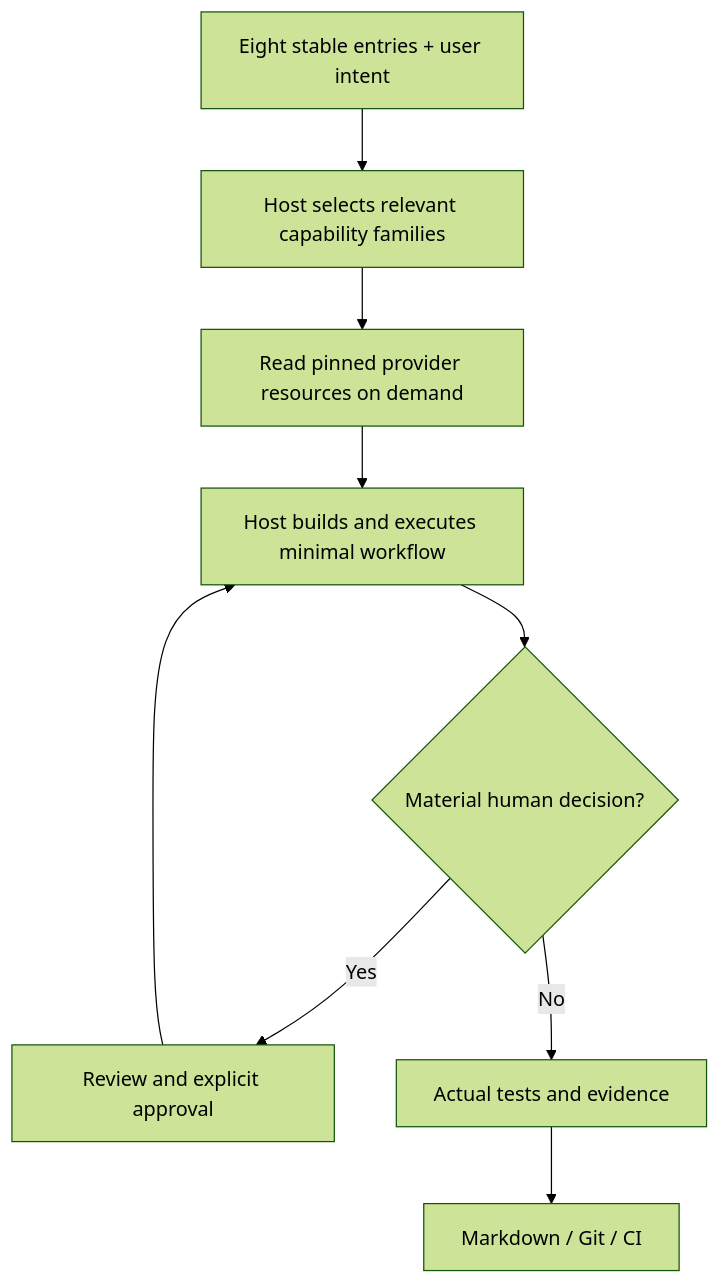
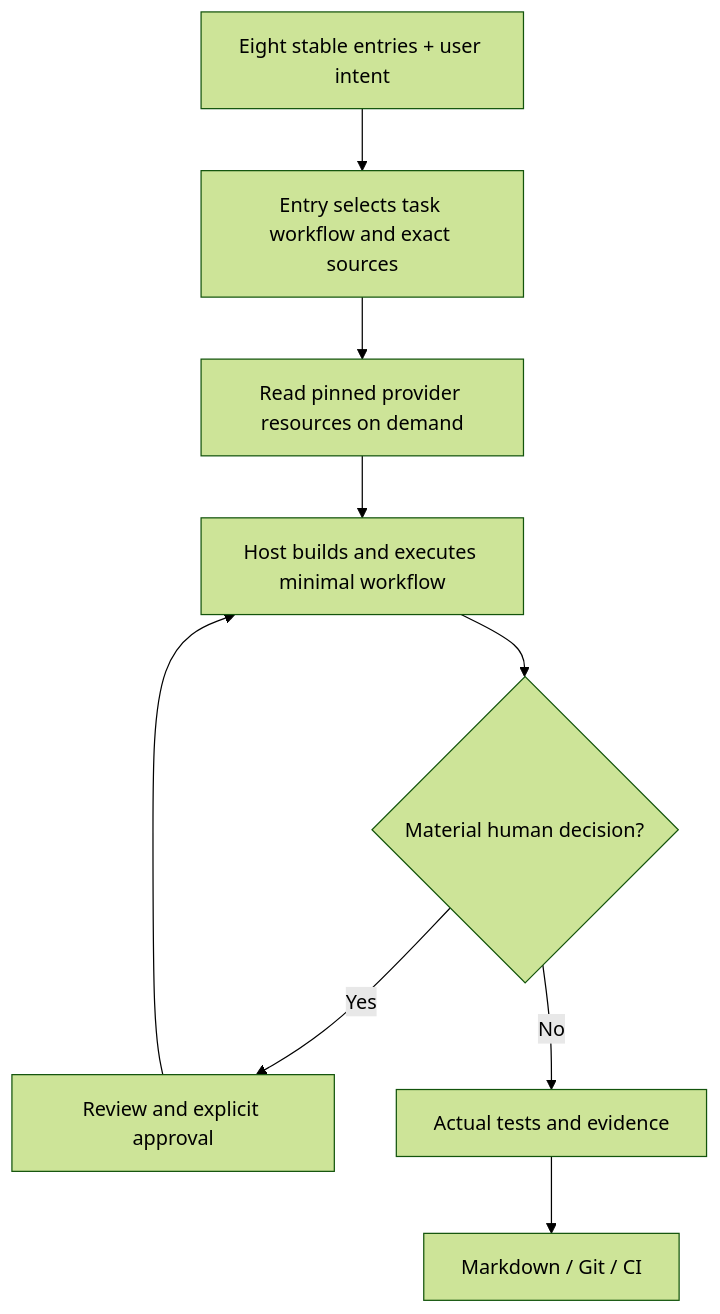
The diagram in docs/architecture.md (datanger/Trellis), drawn with Mermaid (forest theme) before and after one commit. The commit also changed other lines of this file and 35 other files, not shown here.

````diff
--- a/docs/architecture.md
+++ b/docs/architecture.md
@@ -3,11 +3,11 @@
 ```mermaid
 flowchart TD
-  U[Eight stable entries + user intent] --> A[Host selects relevant capability families]
+  U[Eight stable entries + user intent] --> A[Entry selects task workflow and exact sources]
   A --> P[Read pinned provider resources on demand]
   P --> W[Host builds and executes minimal workflow]
   W --> H{Material human decision?}
   H -->|Yes| R[Review and explicit approval]
   R --> W
   H -->|No| V[Actual tests and evidence]
   V --> D[Markdown / Git / CI]
 ```
````
